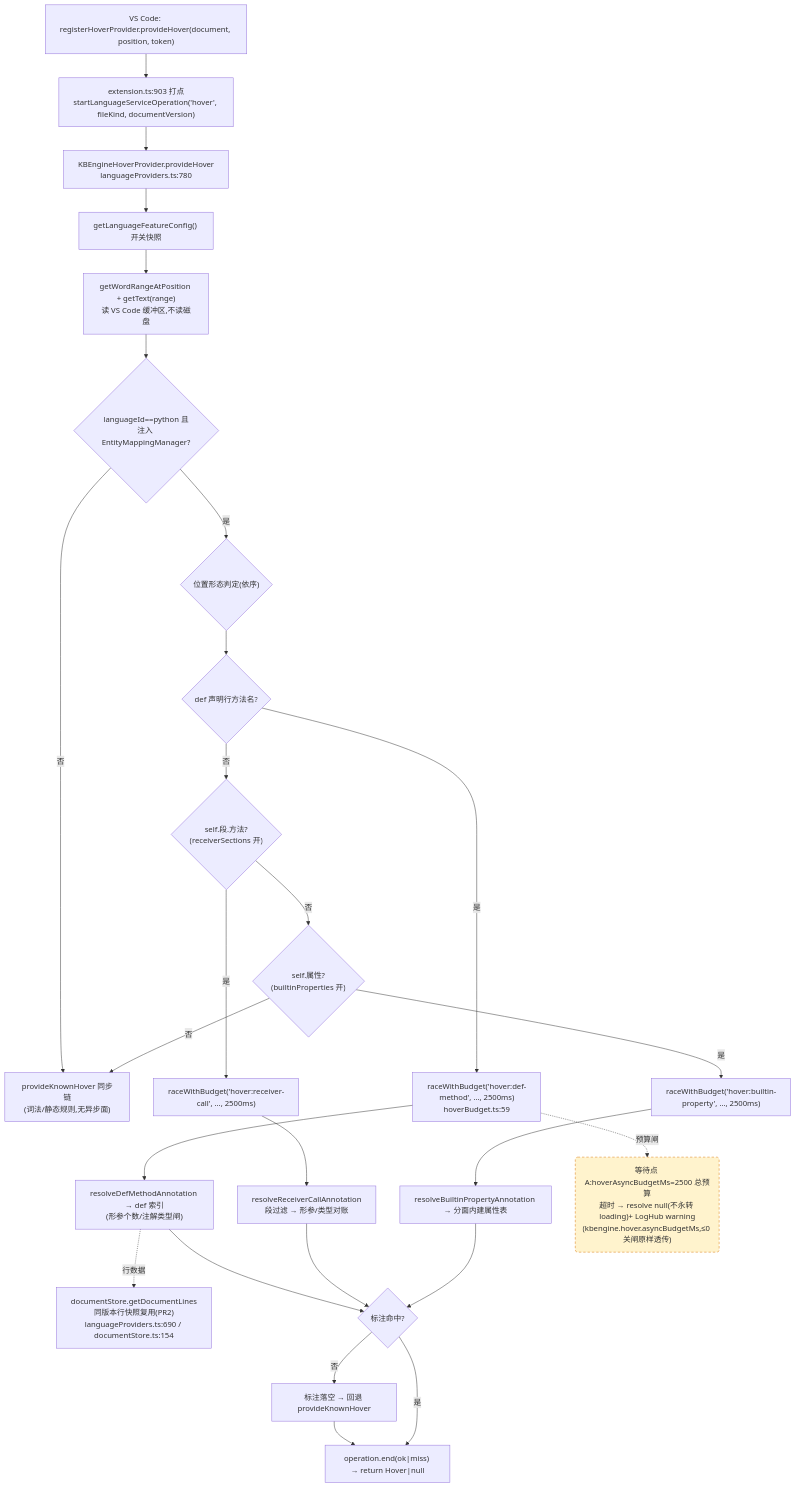
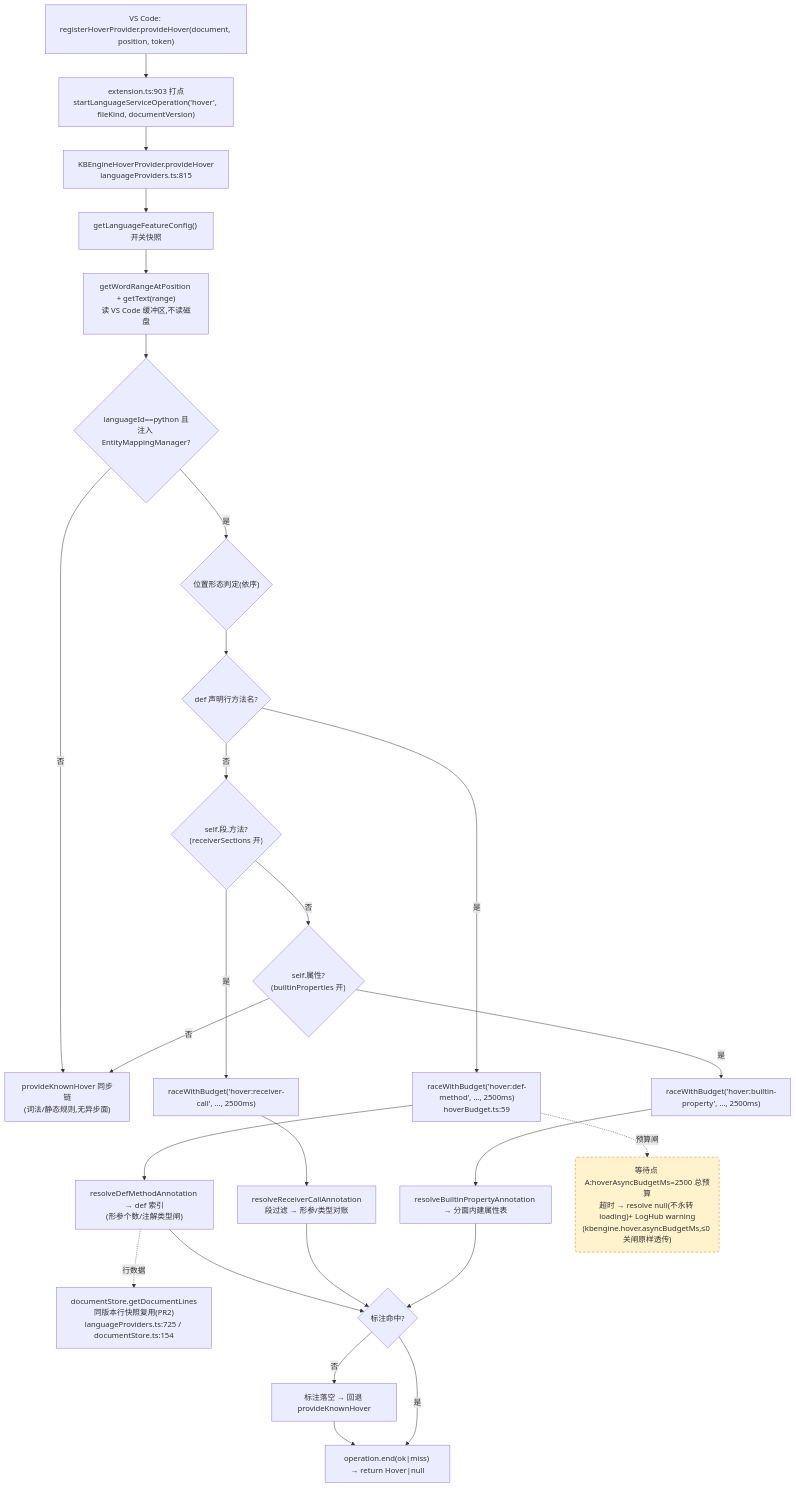
One commit to cuihairu/kode changed the first of 4 diagrams in docs/perf/2026-baseline.md. Above: the diagram before and after it, drawn with Mermaid. The commit also changed other lines of this file and 16 other files, not shown here.

````diff
--- a/docs/perf/2026-baseline.md
+++ b/docs/perf/2026-baseline.md
@@ -82,45 +82,45 @@
 ```mermaid
 flowchart TD
   VC1["VS Code: registerHoverProvider.provideHover(document, position, token)"]
   M1["extension.ts:903 打点<br/>startLanguageServiceOperation('hover', fileKind, documentVersion)"]
-  HP["KBEngineHoverProvider.provideHover<br/>languageProviders.ts:780"]
+  HP["KBEngineHoverProvider.provideHover<br/>languageProviders.ts:815"]
   CFG["getLanguageFeatureConfig() 开关快照"]
   WORD["getWordRangeAtPosition + getText(range)<br/>读 VS Code 缓冲区,不读磁盘"]
   BR{"languageId==python 且<br/>注入 EntityMappingManager?"}
   KN["provideKnownHover 同步链<br/>(词法/静态规则,无异步面)"]
   POS{"位置形态判定(依序)"}
   D1{"def 声明行方法名?"}
   D2{"self.段.方法?<br/>(receiverSections 开)"}
   D3{"self.属性?<br/>(builtinProperties 开)"}
   RA1["raceWithBudget('hover:def-method', …, 2500ms)<br/>hoverBudget.ts:59"]
   RA2["raceWithBudget('hover:receiver-call', …, 2500ms)"]
   RA3["raceWithBudget('hover:builtin-property', …, 2500ms)"]
   RS1["resolveDefMethodAnnotation → def 索引<br/>(形参个数/注解类型闸)"]
   RS2["resolveReceiverCallAnnotation<br/>段过滤 → 形参/类型对账"]
   RS3["resolveBuiltinPropertyAnnotation → 分面内建属性表"]
-  LINES["documentStore.getDocumentLines<br/>同版本行快照复用(PR2)<br/>languageProviders.ts:690 / documentStore.ts:154"]
+  LINES["documentStore.getDocumentLines<br/>同版本行快照复用(PR2)<br/>languageProviders.ts:725 / documentStore.ts:154"]
   MISS["标注落空 → 回退 provideKnownHover"]
   END1["operation.end(ok|miss) → return Hover|null"]
 
   VC1 --> M1 --> HP --> CFG --> WORD --> BR
   BR -- "否" --> KN
   BR -- "是" --> POS --> D1
   D1 -- "是" --> RA1 --> RS1
   D1 -- "否" --> D2
   D2 -- "是" --> RA2 --> RS2
   D2 -- "否" --> D3
   D3 -- "是" --> RA3 --> RS3
   D3 -- "否" --> KN
   RS1 --> HIT{"标注命中?"}
   RS2 --> HIT
   RS3 --> HIT
   RS1 -.->|行数据| LINES
   HIT -- "否" --> MISS --> END1
   HIT -- "是" --> END1
 
   WAITA("等待点 A:hoverAsyncBudgetMs=2500 总预算<br/>超时 → resolve null(不永转 loading)+ LogHub warning<br/>(kbengine.hover.asyncBudgetMs,≤0 关闸原样透传)")
   RA1 -.->|预算闸| WAITA
 
   classDef waitPoint fill:#fff3cd,stroke:#d97706,stroke-dasharray:5 4;
   class WAITA waitPoint;
 ```
````
